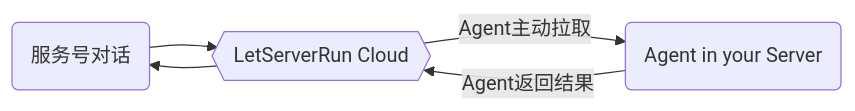
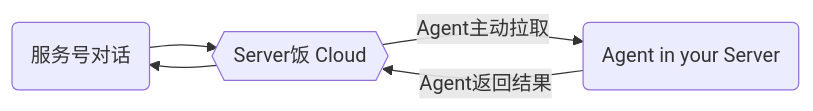
The diagram in content/zh/docs/20-getting-started/_index.md (hack-fan/skadi-doc), drawn with Mermaid before and after one commit. The commit also changed 10 other files, not shown here.

````diff
--- a/content/zh/docs/20-getting-started/_index.md
+++ b/content/zh/docs/20-getting-started/_index.md
@@ -12,7 +12,7 @@
 ```mermaid
 graph LR
-  im(服务号对话) --> c{{LetServerRun Cloud}}
+  im(服务号对话) --> c{{Server饭 Cloud}}
   c -- Agent主动拉取 --> a(Agent in your Server)
   a -- Agent返回结果 --> c
   c --> im
 ```
````
